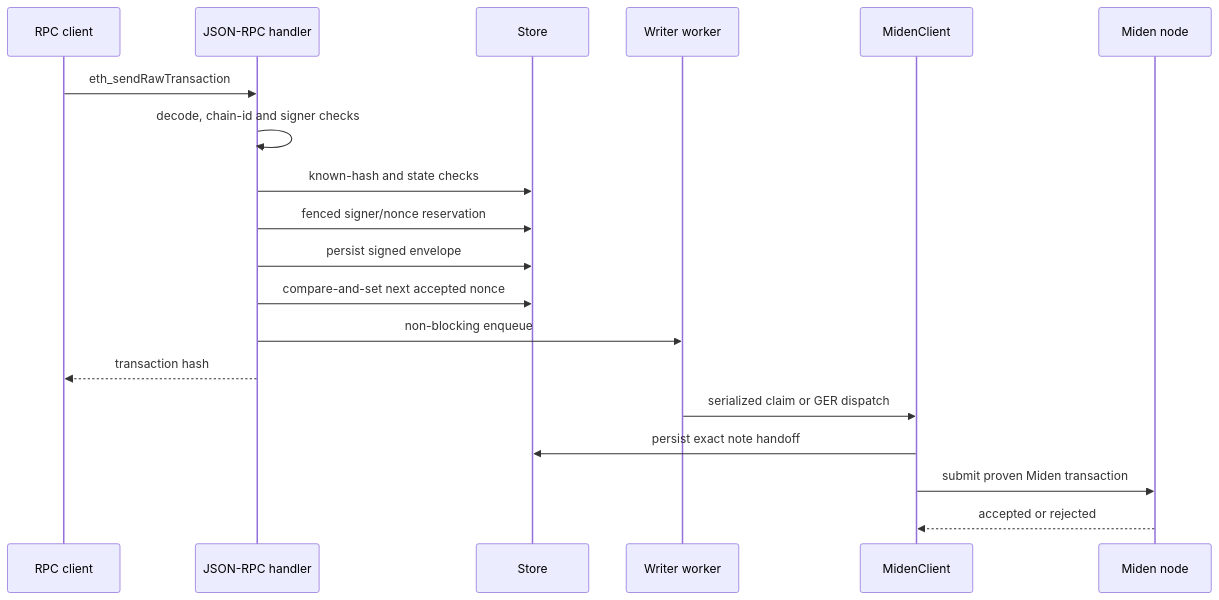
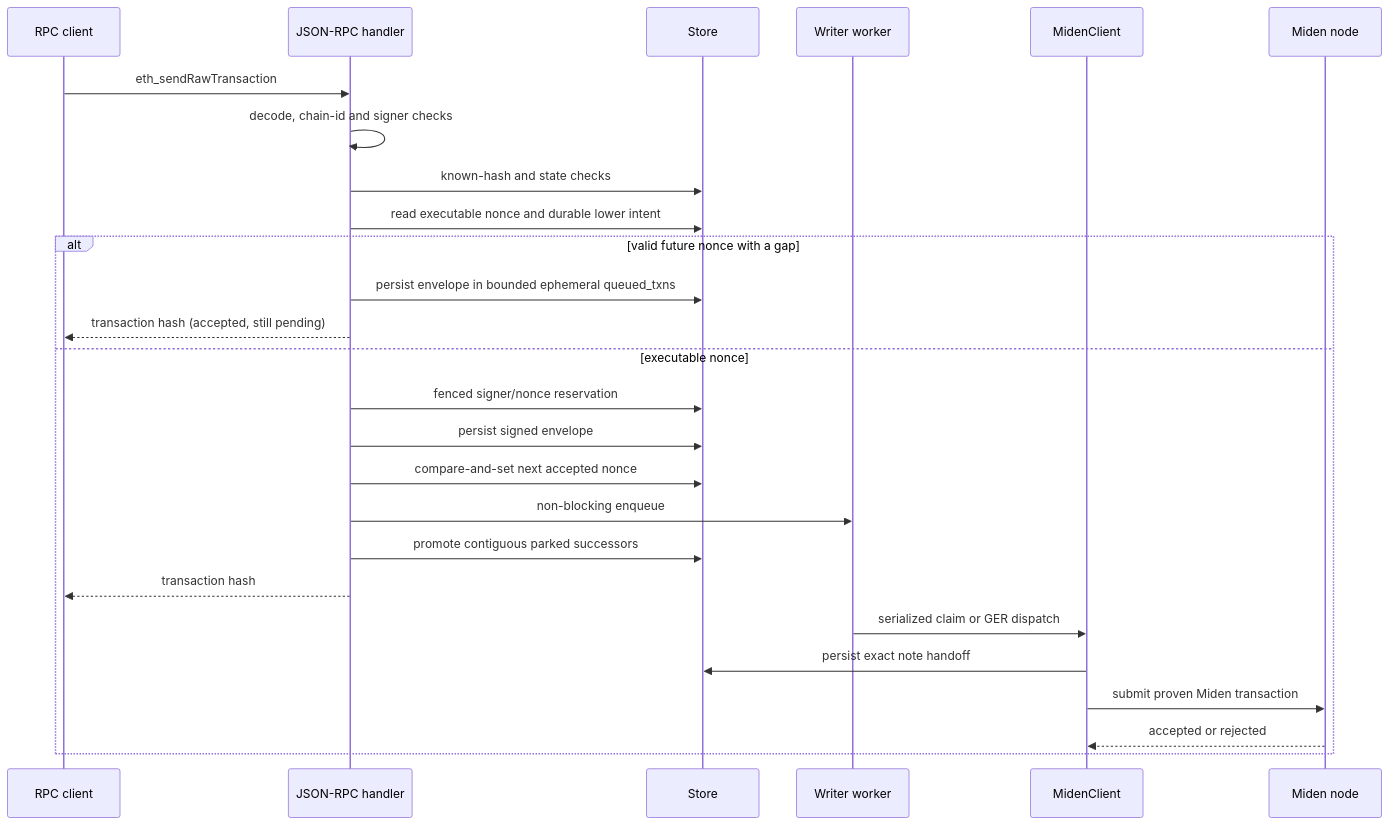
The second of 3 diagrams in docs/ARCHITECTURE.md (gateway-fm/miden-agglayer), drawn with Mermaid before and after one commit. The commit also changed other lines of this file and 7 other files, not shown here.

````diff
--- a/docs/ARCHITECTURE.md
+++ b/docs/ARCHITECTURE.md
@@ -90,22 +90,29 @@
 ```mermaid
 sequenceDiagram
     participant C as RPC client
     participant R as JSON-RPC handler
     participant S as Store
     participant W as Writer worker
     participant M as MidenClient
     participant N as Miden node
 
     C->>R: eth_sendRawTransaction
     R->>R: decode, chain-id and signer checks
     R->>S: known-hash and state checks
-    R->>S: fenced signer/nonce reservation
-    R->>S: persist signed envelope
-    R->>S: compare-and-set next accepted nonce
-    R->>W: non-blocking enqueue
-    R-->>C: transaction hash
-    W->>M: serialized claim or GER dispatch
-    M->>S: persist exact note handoff
-    M->>N: submit proven Miden transaction
-    N-->>M: accepted or rejected
+    R->>S: read executable nonce and durable lower intent
+    alt valid future nonce with a gap
+        R->>S: persist envelope in bounded ephemeral queued_txns
+        R-->>C: transaction hash (accepted, still pending)
+    else executable nonce
+        R->>S: fenced signer/nonce reservation
+        R->>S: persist signed envelope
+        R->>S: compare-and-set next accepted nonce
+        R->>W: non-blocking enqueue
+        R->>S: promote contiguous parked successors
+        R-->>C: transaction hash
+        W->>M: serialized claim or GER dispatch
+        M->>S: persist exact note handoff
+        M->>N: submit proven Miden transaction
+        N-->>M: accepted or rejected
+    end
 ```
````
